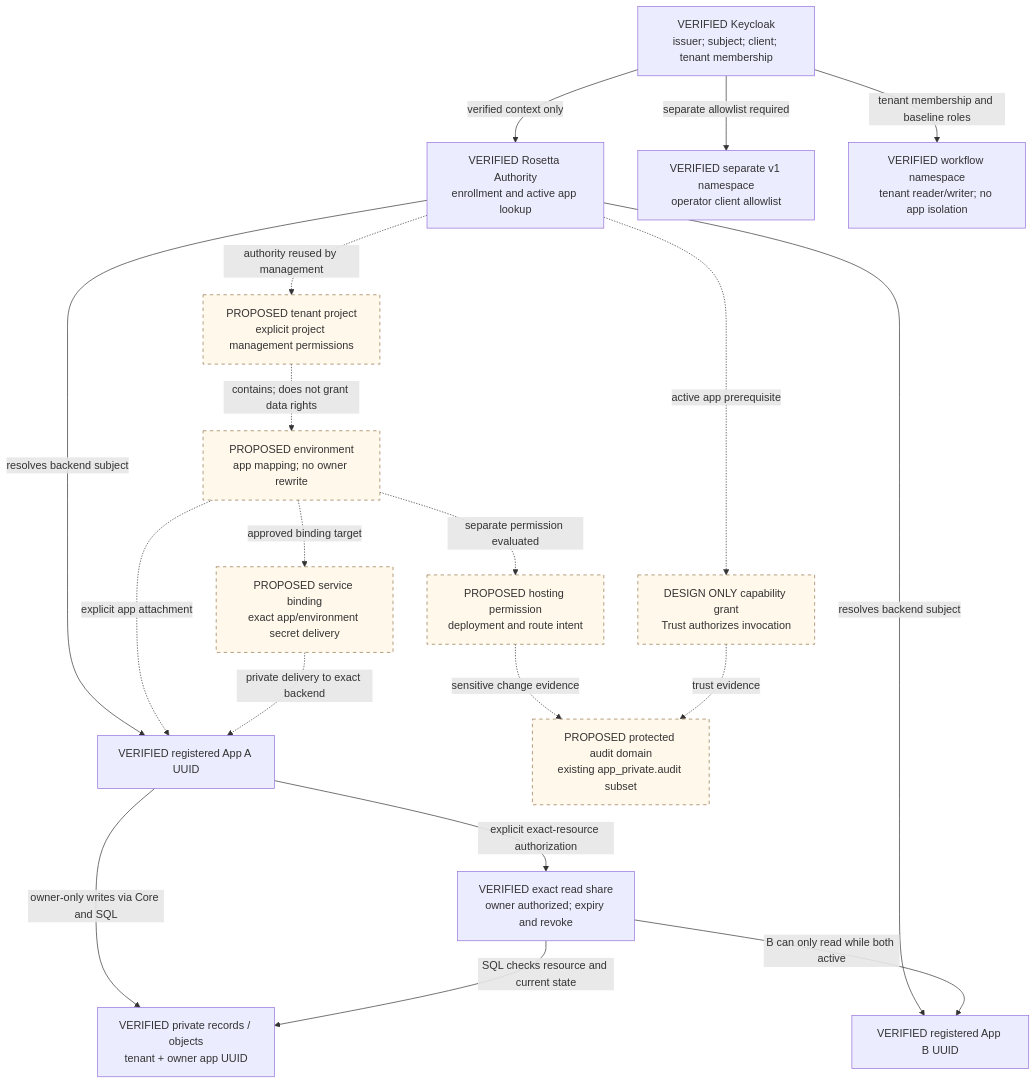
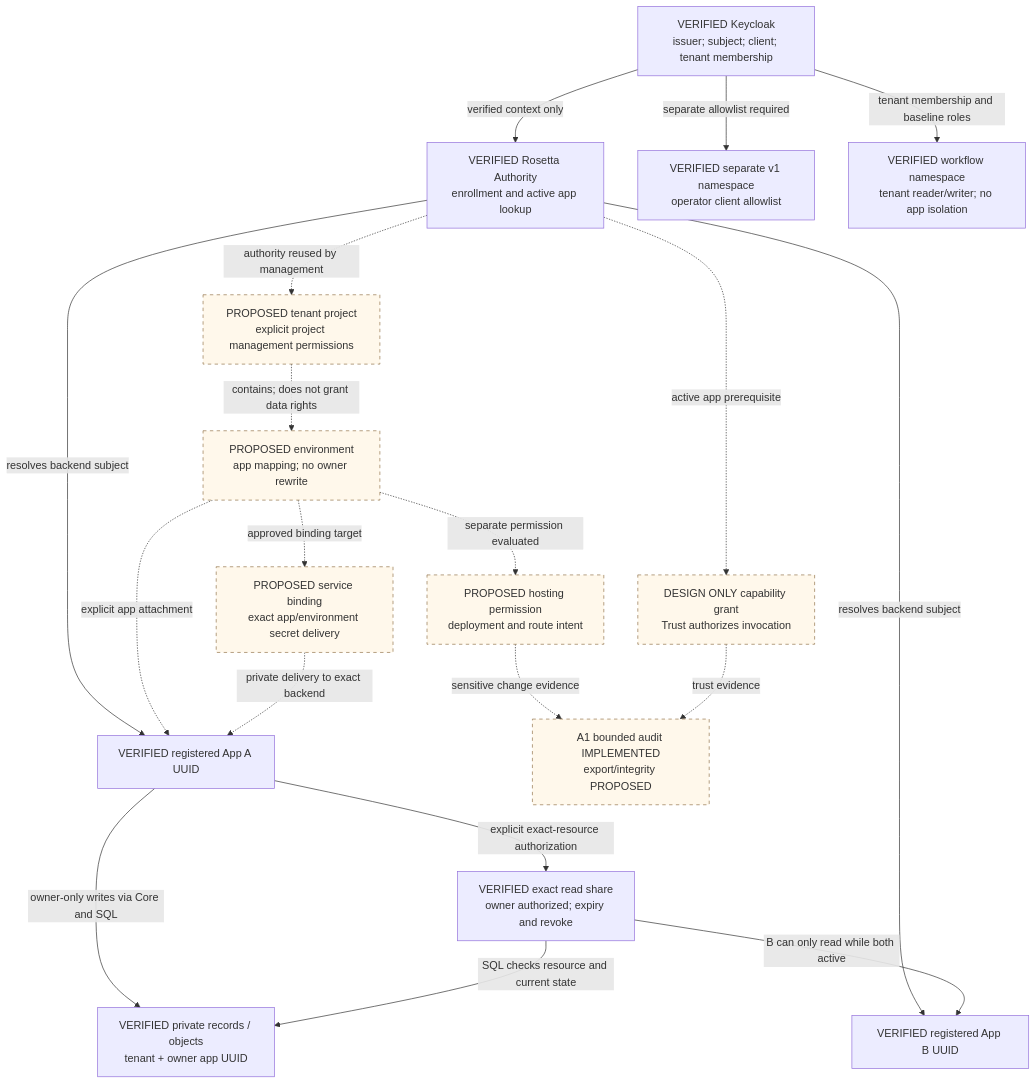
One commit to NHMNDaizoken/Rosetta changed the fifth of 8 diagrams in docs/architecture/ARCHITECTURE_MAPS.md. Above: the diagram before and after it, drawn with Mermaid. The commit also changed other lines of this file and 22 other files, not shown here.

Commit message:
feat(audit): implement bounded protected audit boundary

````diff
--- a/docs/architecture/ARCHITECTURE_MAPS.md
+++ b/docs/architecture/ARCHITECTURE_MAPS.md
@@ -171,37 +171,37 @@
 ```mermaid
 flowchart TB
   ID["VERIFIED Keycloak<br/>issuer; subject; client; tenant membership"]
   AUTH["VERIFIED Rosetta Authority<br/>enrollment and active app lookup"]
   A["VERIFIED registered App A UUID"]
   B["VERIFIED registered App B UUID"]
   REC["VERIFIED private records / objects<br/>tenant + owner app UUID"]
   SHARE["VERIFIED exact read share<br/>owner authorized; expiry and revoke"]
   LEG["VERIFIED separate v1 namespace<br/>operator client allowlist"]
   WF["VERIFIED workflow namespace<br/>tenant reader/writer; no app isolation"]
   PROJ["PROPOSED tenant project<br/>explicit project management permissions"]
   ENV["PROPOSED environment<br/>app mapping; no owner rewrite"]
   HOST["PROPOSED hosting permission<br/>deployment and route intent"]
   SEC["PROPOSED service binding<br/>exact app/environment secret delivery"]
   TRUST["DESIGN ONLY capability grant<br/>Trust authorizes invocation"]
-  AUDIT["PROPOSED protected audit domain<br/>existing app_private.audit subset"]
+  AUDIT["A1 bounded audit IMPLEMENTED<br/>export/integrity PROPOSED"]
   ID -->|verified context only| AUTH
   AUTH -->|resolves backend subject| A
   AUTH -->|resolves backend subject| B
   A -->|owner-only writes via Core and SQL| REC
   A -->|explicit exact-resource authorization| SHARE
   SHARE -->|B can only read while both active| B
   SHARE -->|SQL checks resource and current state| REC
   ID -->|separate allowlist required| LEG
   ID -->|tenant membership and baseline roles| WF
   AUTH -.->|authority reused by management| PROJ
   PROJ -.->|contains; does not grant data rights| ENV
   ENV -.->|explicit app attachment| A
   ENV -.->|separate permission evaluated| HOST
   ENV -.->|approved binding target| SEC
   SEC -.->|private delivery to exact backend| A
   AUTH -.->|active app prerequisite| TRUST
   HOST -.->|sensitive change evidence| AUDIT
   TRUST -.->|trust evidence| AUDIT
   classDef future fill:#fff8eb,stroke:#92734b,stroke-dasharray:5 5
   class PROJ,ENV,HOST,SEC,TRUST,AUDIT future
 ```
````
